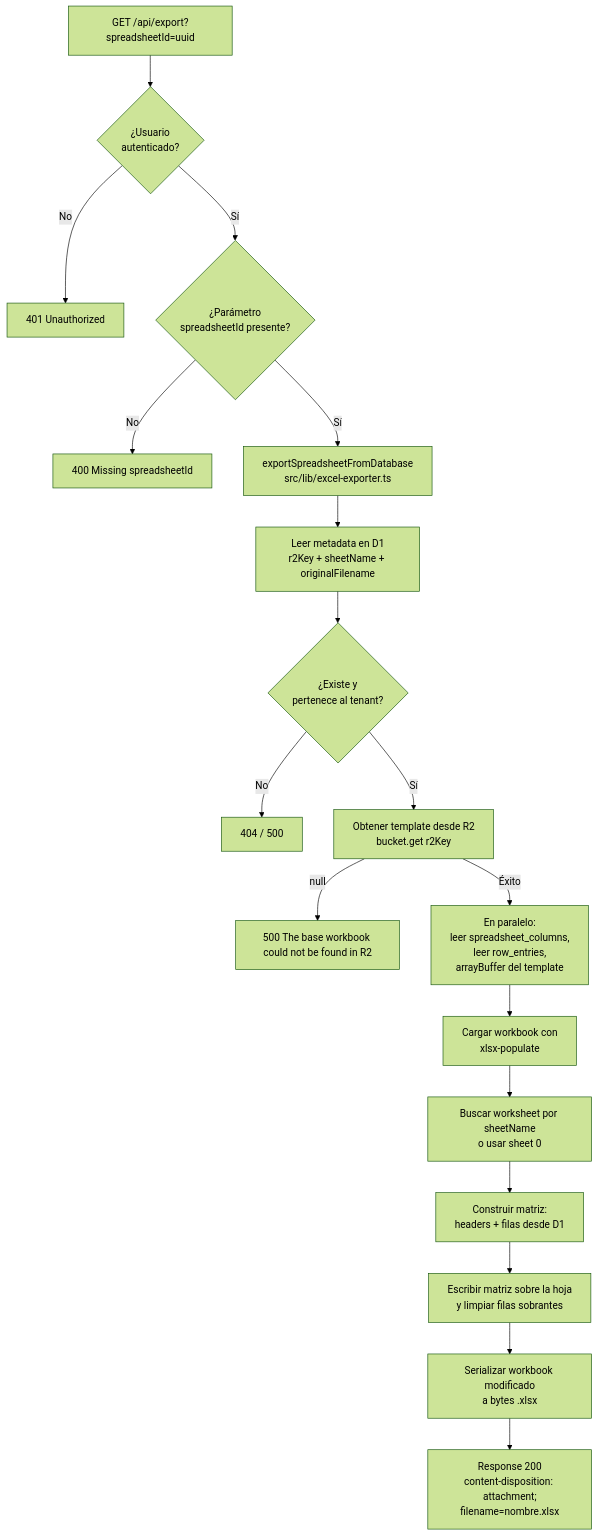
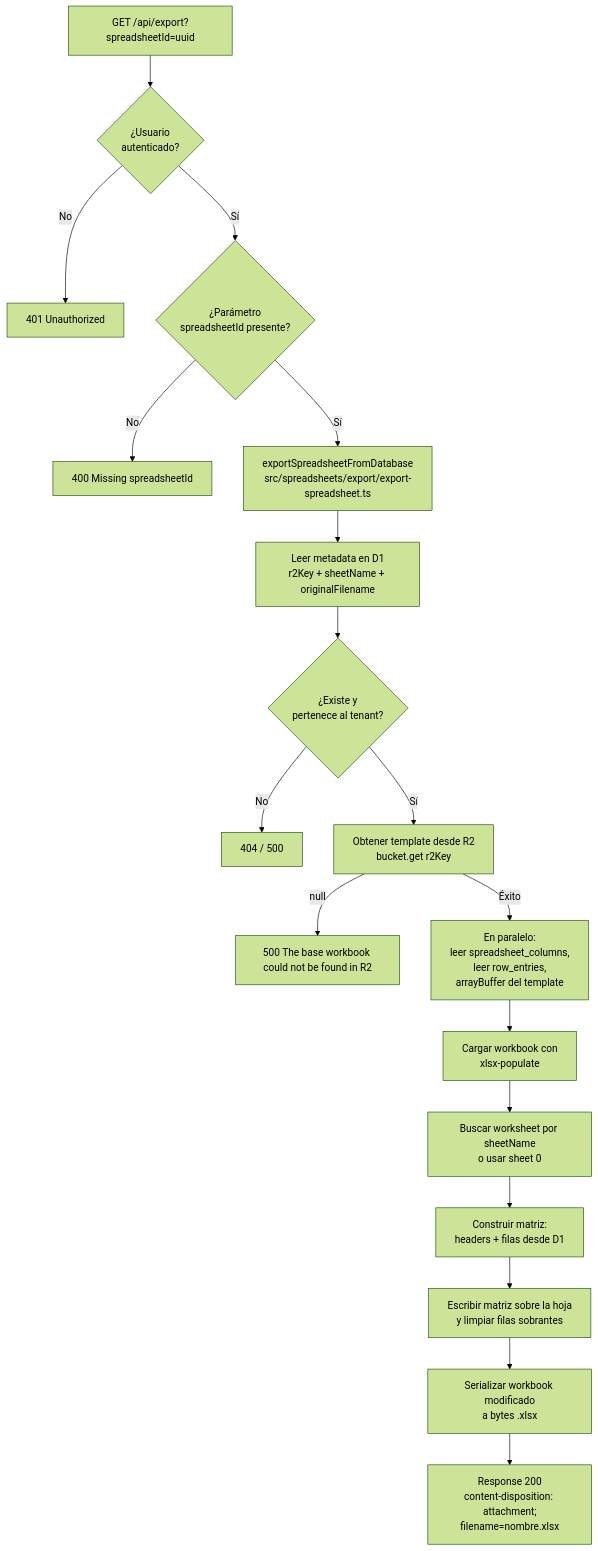
The diagram in docs/architecture/06-exportacion.md (MathiasGonzalez/PlanillaInteligente), drawn with Mermaid (forest theme) before and after one commit. The commit also changed 36 other files, not shown here.

````diff
--- a/docs/architecture/06-exportacion.md
+++ b/docs/architecture/06-exportacion.md
@@ -7,21 +7,21 @@
 ```mermaid
 flowchart TD
     A[GET /api/export?spreadsheetId=uuid] --> B{¿Usuario\nautenticado?}
     B -->|No| Z1[401 Unauthorized]
     B -->|Sí| C{¿Parámetro\nspreadsheetId presente?}
     C -->|No| Z2[400 Missing spreadsheetId]
-    C -->|Sí| D[exportSpreadsheetFromDatabase\nsrc/lib/excel-exporter.ts]
+    C -->|Sí| D[exportSpreadsheetFromDatabase\nsrc/spreadsheets/export/export-spreadsheet.ts]
 
     D --> E[Leer metadata en D1\nr2Key + sheetName + originalFilename]
     E --> F{¿Existe y\npertenece al tenant?}
     F -->|No| Z3[404 / 500]
     F -->|Sí| G[Obtener template desde R2\nbucket.get r2Key]
     G -->|null| Z4[500 The base workbook could not be found in R2]
     G -->|Éxito| H[En paralelo:\nleer spreadsheet_columns,\nleer row_entries,\narrayBuffer del template]
     H --> I[Cargar workbook con\nxlsx-populate]
     I --> J[Buscar worksheet por sheetName\no usar sheet 0]
     J --> K[Construir matriz:\nheaders + filas desde D1]
     K --> L[Escribir matriz sobre la hoja\ny limpiar filas sobrantes]
     L --> M[Serializar workbook modificado\na bytes .xlsx]
     M --> N["Response 200\ncontent-disposition: attachment;\nfilename=nombre.xlsx"]
 ```
````
